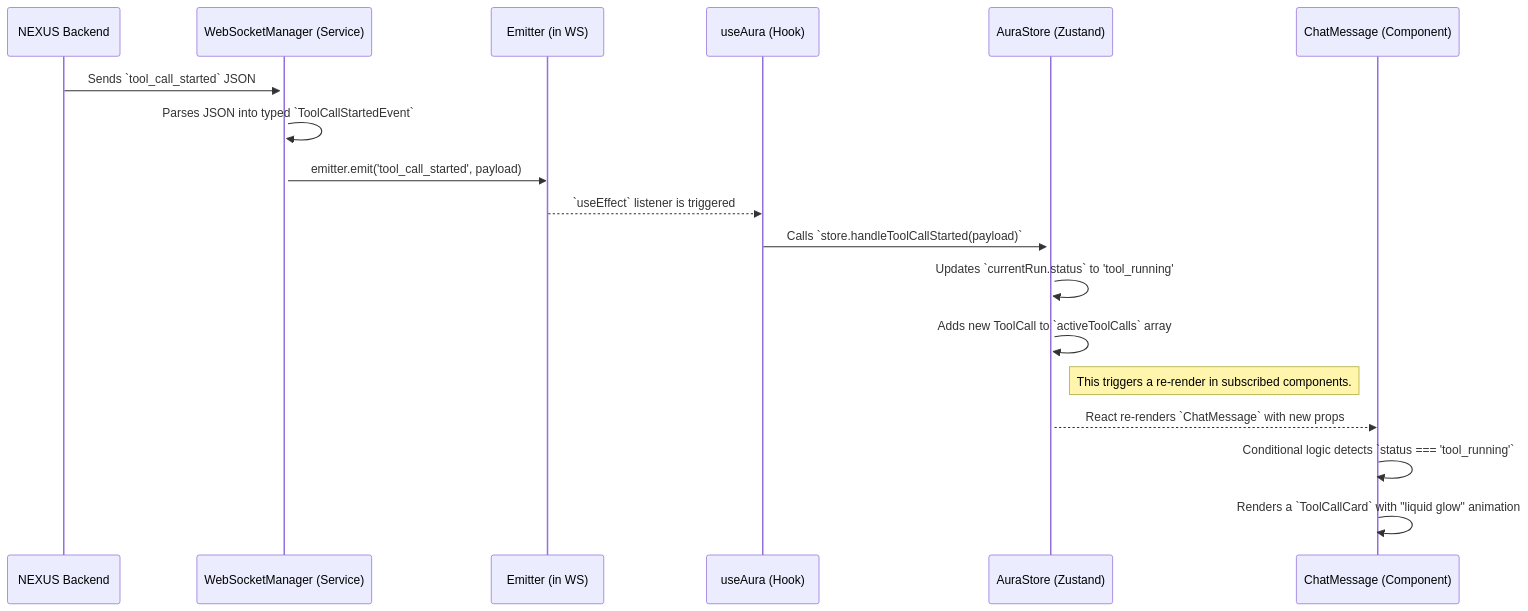
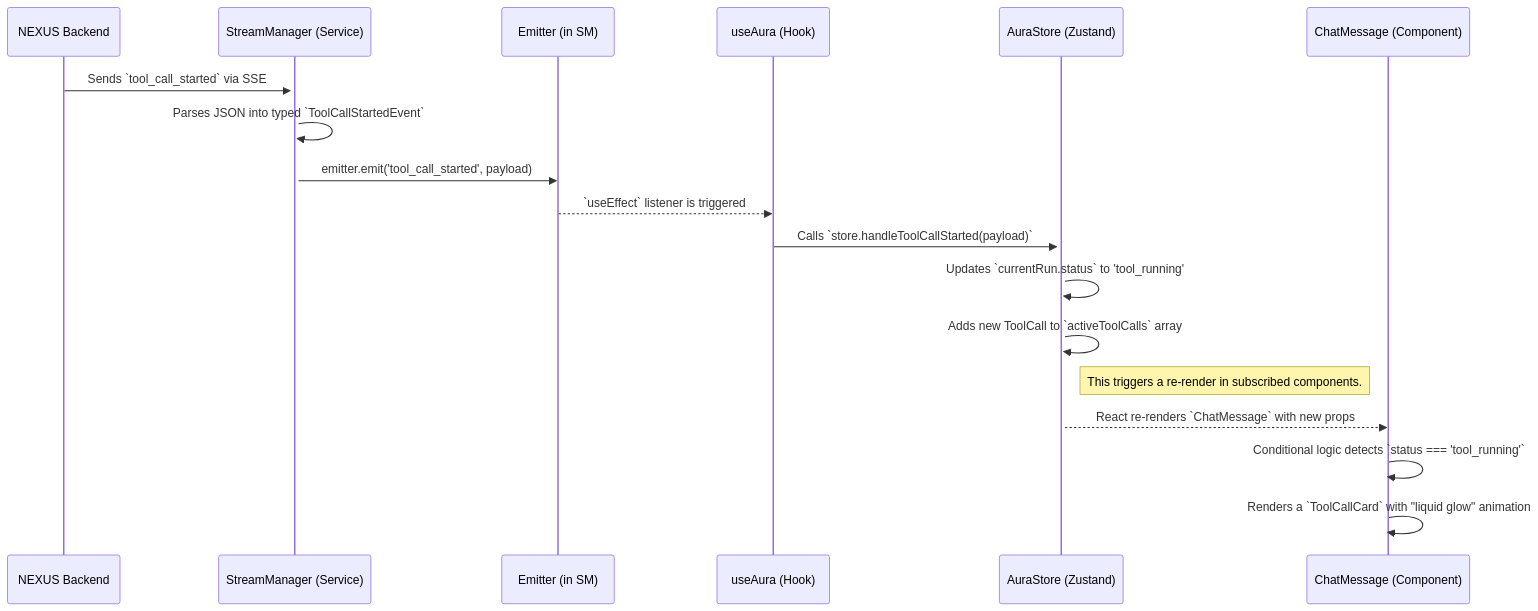
The diagram in docs/knowledge_base/03_AURA_ARCHITECTURE.md (wowyuarm/NEXUS), drawn with Mermaid before and after one commit. The commit also changed other lines of this file and 46 other files, not shown here.

First line of the commit message:
feat: migrate from WebSocket to SSE for real-time communication

````diff
--- a/docs/knowledge_base/03_AURA_ARCHITECTURE.md
+++ b/docs/knowledge_base/03_AURA_ARCHITECTURE.md
@@ -36,31 +36,31 @@
 ```mermaid
 sequenceDiagram
     participant NEXUS as NEXUS Backend
-    participant WS as WebSocketManager (Service)
-    participant Emitter as Emitter (in WS)
+    participant SM as StreamManager (Service)
+    participant Emitter as Emitter (in SM)
     participant Hook as useAura (Hook)
     participant Store as AuraStore (Zustand)
     participant UI as ChatMessage (Component)
 
     %% 1. Backend Event
-    NEXUS->>+WS: Sends `tool_call_started` JSON
+    NEXUS->>+SM: Sends `tool_call_started` via SSE
 
     %% 2. Service Layer: Perception & Broadcasting
-    WS->>WS: Parses JSON into typed `ToolCallStartedEvent`
-    WS->>Emitter: emitter.emit('tool_call_started', payload)
+    SM->>SM: Parses JSON into typed `ToolCallStartedEvent`
+    SM->>Emitter: emitter.emit('tool_call_started', payload)
     
     %% 3. Hook Layer: Listening & Controlling
     Emitter-->>Hook: `useEffect` listener is triggered
     Hook->>+Store: Calls `store.handleToolCallStarted(payload)`
 
     %% 4. Store Layer: State Mutation
     Store->>Store: Updates `currentRun.status` to 'tool_running'
     Store->>Store: Adds new ToolCall to `activeToolCalls` array
     Note right of Store: This triggers a re-render in subscribed components.
     
     %% 5. Component Layer: Reaction & Rendering
     Store-->>UI: React re-renders `ChatMessage` with new props
     UI->>UI: Conditional logic detects `status === 'tool_running'`
     UI->>UI: Renders a `ToolCallCard` with "liquid glow" animation
 
 ```
````
